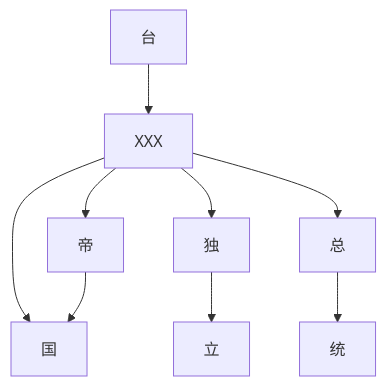
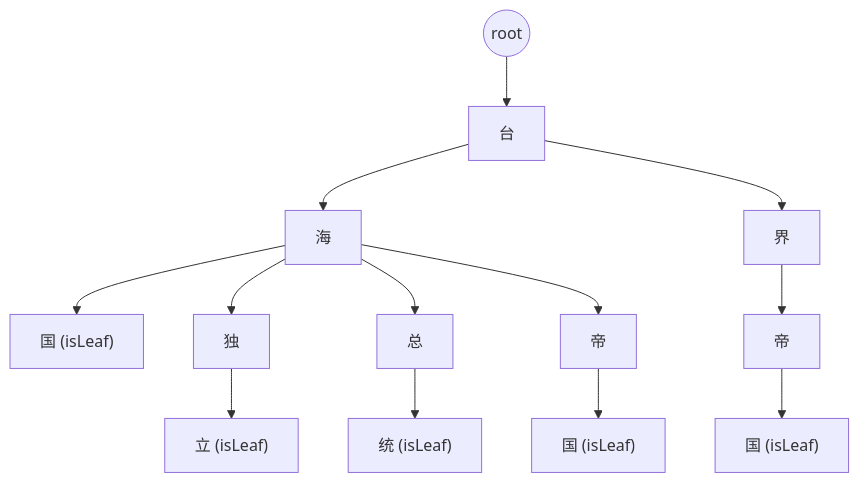
Before and after one commit to zmexing/go-sensitive-word: the second of 2 diagrams in docs/dfa.md, drawn with Mermaid. The commit also changed other lines of this file, not shown here.

````diff
--- a/docs/dfa.md
+++ b/docs/dfa.md
@@ -37,8 +63,18 @@
 ```mermaid
 graph TD
-    台 --> XXX
-    XXX --> 国
-    XXX --> 独 --> 立
-    XXX --> 总 --> 统
-    XXX --> 帝 --> 国
+    Root((root))
+    Root --> 台["台"]
+
+    台 --> 海["海"]
+    海 --> 海国["国 (isLeaf)"]           
+    海 --> 海独["独"]
+    海独 --> 海独立["立 (isLeaf)"]        
+    海 --> 海总["总"]
+    海总 --> 海总统["统 (isLeaf)"]        
+    海 --> 海帝["帝"]
+    海帝 --> 海帝国["国 (isLeaf)"]        
+
+    台 --> 界["界"]
+    界 --> 界帝["帝"]
+    界帝 --> 界帝国["国 (isLeaf)"]             
 ```
````
